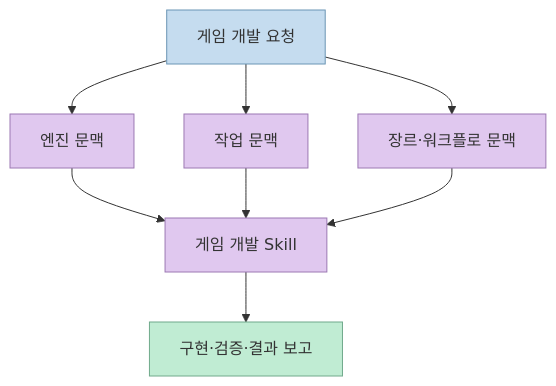
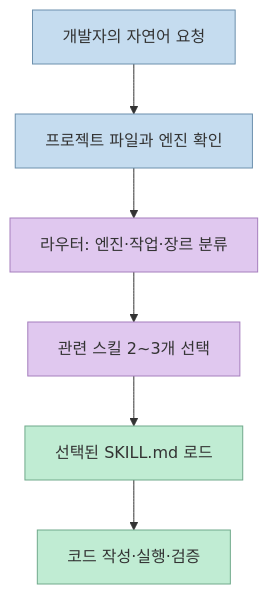
One commit to gyuha/game-dev changed the first of 6 diagrams in src/content/blog/resources/2026/11/awesome-gamedev-agent-skills-router.md. Above: the diagram before and after it, drawn with Mermaid. The commit also changed other lines of this file and 3 other files, not shown here.

````diff
--- a/src/content/blog/resources/2026/11/awesome-gamedev-agent-skills-router.md
+++ b/src/content/blog/resources/2026/11/awesome-gamedev-agent-skills-router.md
@@ -44,16 +41,14 @@
 ```mermaid
 flowchart TD
-    A[게임 개발 요청] --> B[엔진 문맥]
-    A --> C[작업 문맥]
-    A --> D[장르·워크플로 문맥]
-    B --> E[게임 개발 Skill]
-    C --> E
-    D --> E
-    E --> F[구현·검증·결과 보고]
-    classDef inputTone fill:#c5dcef,stroke:#6b95b5,color:#333
-    classDef contextTone fill:#e0c8ef,stroke:#9c78b3,color:#333
-    classDef resultTone fill:#c0ecd3,stroke:#70a98b,color:#333
-    class A inputTone
-    class B,C,D,E contextTone
-    class F resultTone
+    A[개발자의 자연어 요청] --> B[프로젝트 파일과 엔진 확인]
+    B --> C[라우터: 엔진·작업·장르 분류]
+    C --> D[관련 스킬 2~3개 선택]
+    D --> E[선택된 SKILL.md 로드]
+    E --> F[코드 작성·실행·검증]
+    classDef inputTone fill:#c5dcef,stroke:#6d90ad,color:#333
+    classDef routeTone fill:#e0c8ef,stroke:#a57ebd,color:#333
+    classDef actionTone fill:#c0ecd3,stroke:#70a98b,color:#333
+    class A,B inputTone
+    class C,D routeTone
+    class E,F actionTone
 ```
````
